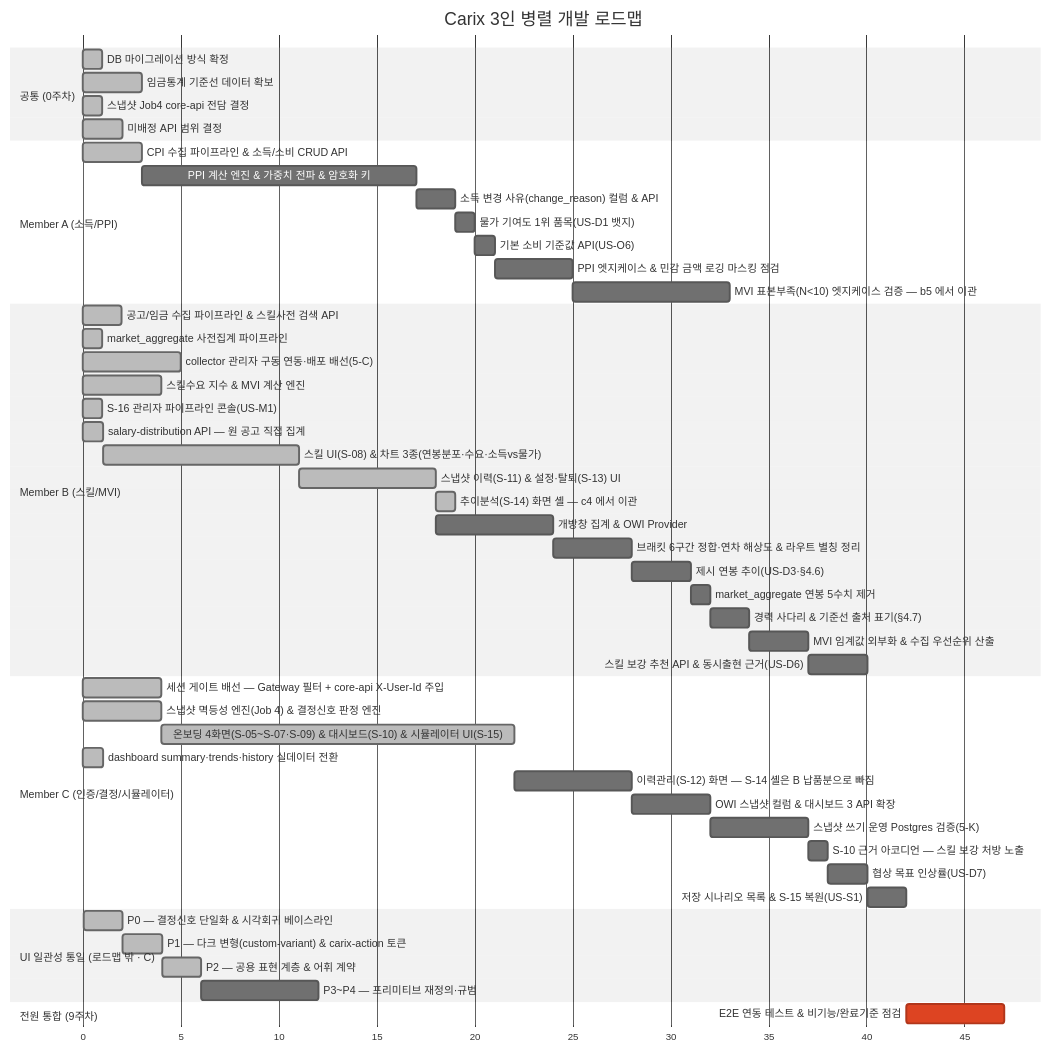
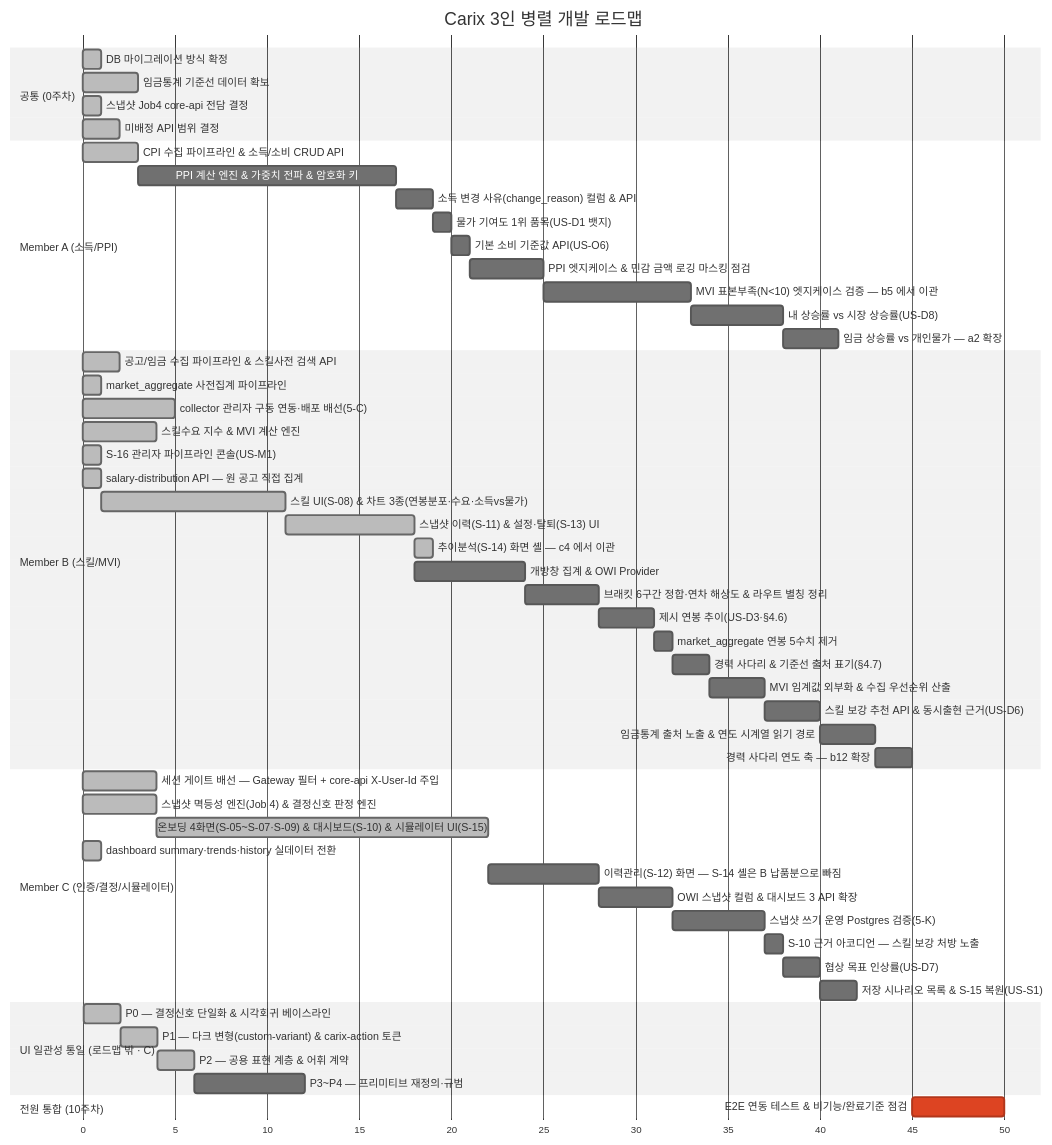
One commit to SeoHyeokGyu/Carix changed the first of 2 diagrams in docs/plans/carix-dev-plan.md. Above: the diagram before and after it, drawn with Mermaid (neutral theme). The commit also changed other lines of this file and 10 other files, not shown here.

````diff
--- a/docs/plans/carix-dev-plan.md
+++ b/docs/plans/carix-dev-plan.md
@@ -72,54 +77,58 @@
 ```mermaid
 gantt
     title Carix 3인 병렬 개발 로드맵
     dateFormat X
     axisFormat %s
     section 공통 (0주차)
     DB 마이그레이션 방식 확정 :done, c0a, 0, 1s
     임금통계 기준선 데이터 확보 :done, a0, 3, 3s
     스냅샷 Job4 core-api 전담 결정 :done, i0, 7, 1s
     미배정 API 범위 결정 :done, c0, 7, 2s
     section Member A (소득/PPI)
     CPI 수집 파이프라인 & 소득/소비 CRUD API :done, a1, 12, 3s
     PPI 계산 엔진 & 가중치 전파 & 암호화 키 :a2, after a1, 14s
     소득 변경 사유(change_reason) 컬럼 & API :a4, after a2, 2s
     물가 기여도 1위 품목(US-D1 뱃지) :a5, after a4, 1s
     기본 소비 기준값 API(US-O6) :a6, after a5, 1s
     PPI 엣지케이스 & 민감 금액 로깅 마스킹 점검 :a7, after a6, 4s
     MVI 표본부족(N<10) 엣지케이스 검증 — b5 에서 이관 :a8, after a7, 8s
+    내 상승률 vs 시장 상승률(US-D8) :a9, after a8, 5s
+    임금 상승률 vs 개인물가 — a2 확장 :a10, after a9, 3s
     section Member B (스킬/MVI)
     공고/임금 수집 파이프라인 & 스킬사전 검색 API :done, b1, 2, 2s
     market_aggregate 사전집계 파이프라인 :done, b2a, 3, 1s
     collector 관리자 구동 연동·배포 배선(5-C) :done, b0, 7, 5s
     스킬수요 지수 & MVI 계산 엔진 :done, b2, 8, 4s
     S-16 관리자 파이프라인 콘솔(US-M1) :done, b16, 14, 1s
     salary-distribution API — 원 공고 직접 집계 :done, b3a, 15, 1s
     스킬 UI(S-08) & 차트 3종(연봉분포·수요·소득vs물가) :done, b3, after b3a, 10s
     스냅샷 이력(S-11) & 설정·탈퇴(S-13) UI :done, b4, after b3, 7s
     추이분석(S-14) 화면 셸 — c4 에서 이관 :done, b4a, after b4, 1s
     개방창 집계 & OWI Provider :b6, after b4, 6s
     브래킷 6구간 정합·연차 해상도 & 라우트 별칭 정리 :b7, after b6, 4s
     제시 연봉 추이(US-D3·§4.6) :b10, after b7, 3s
     market_aggregate 연봉 5수치 제거 :b11, after b10, 1s
     경력 사다리 & 기준선 출처 표기(§4.7) :b12, after b11, 2s
     MVI 임계값 외부화 & 수집 우선순위 산출 :b8, after b12, 3s
     스킬 보강 추천 API & 동시출현 근거(US-D6) :b9, after b8, 3s
+    임금통계 출처 노출 & 연도 시계열 읽기 경로 :b13, after b9, 3s
+    경력 사다리 연도 축 — b12 확장 :b14, after b13, 2s
     section Member C (인증/결정/시뮬레이터)
     세션 게이트 배선 — Gateway 필터 + core-api X-User-Id 주입 :done, c0b, 7, 4s
     스냅샷 멱등성 엔진(Job 4) & 결정신호 판정 엔진 :done, c2, 8, 4s
     온보딩 4화면(S-05~S-07·S-09) & 대시보드(S-10) & 시뮬레이터 UI(S-15) :done, c3, after c2, 18s
     dashboard summary·trends·history 실데이터 전환 :done, c4a, 15, 1s
     이력관리(S-12) 화면 — S-14 셸은 B 납품분으로 빠짐 :c4, after c3, 6s
     OWI 스냅샷 컬럼 & 대시보드 3 API 확장 :c6, after c4, 4s
     스냅샷 쓰기 운영 Postgres 검증(5-K) :c5, after c6, 5s
     S-10 근거 아코디언 — 스킬 보강 처방 노출 :c7, after c5, 1s
     협상 목표 인상률(US-D7) :c8, after c7, 2s
     저장 시나리오 목록 & S-15 복원(US-S1) :c9, after c8, 2s
     section UI 일관성 통일 (로드맵 밖 · C)
     P0 — 결정신호 단일화 & 시각회귀 베이스라인 :done, ui0, 33, 2s
     P1 — 다크 변형(custom-variant) & carix-action 토큰 :done, ui1, after ui0, 2s
     P2 — 공용 표현 계층 & 어휘 계약 :done, ui2, after ui1, 2s
     P3~P4 — 프리미티브 재정의·규범 :ui3, after ui2, 6s
-    section 전원 통합 (9주차)
-    E2E 연동 테스트 & 비기능/완료기준 점검 :crit, e2e, after a8 b9 c9, 5s
+    section 전원 통합 (10주차)
+    E2E 연동 테스트 & 비기능/완료기준 점검 :crit, e2e, after a10 b14 c9, 5s
 ```
````
